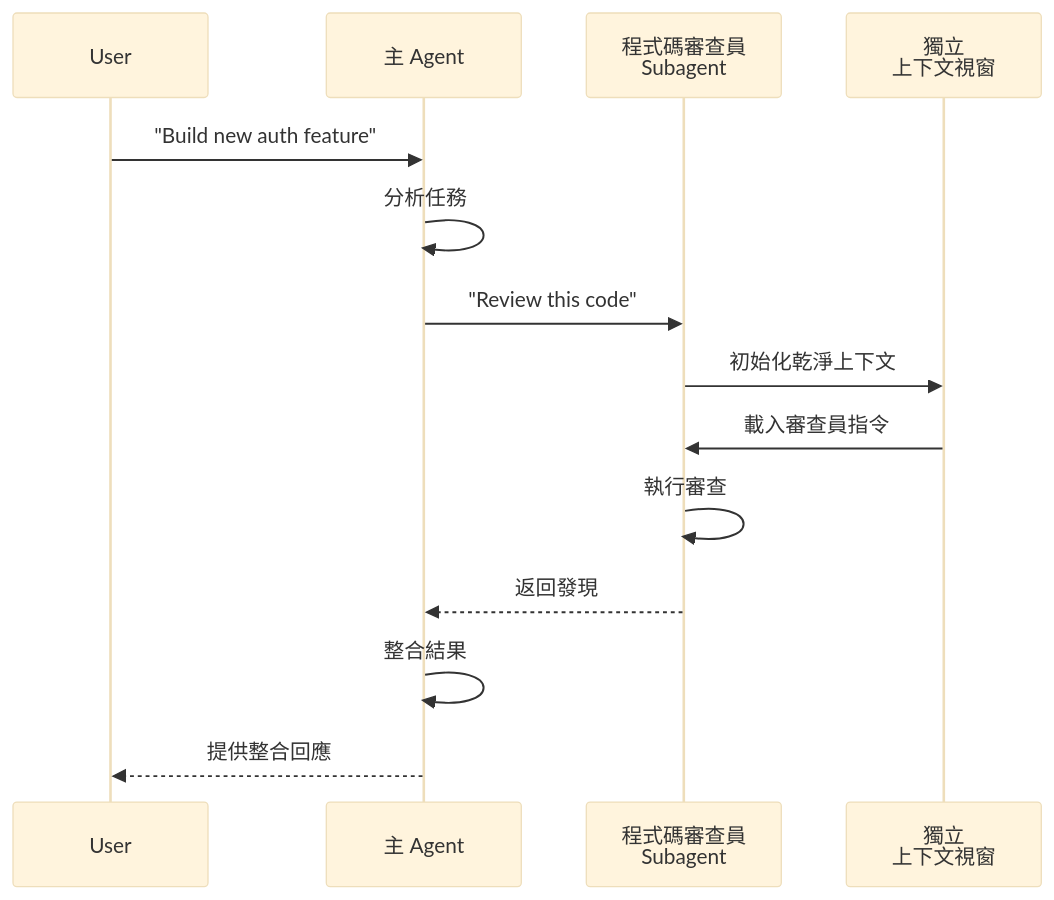
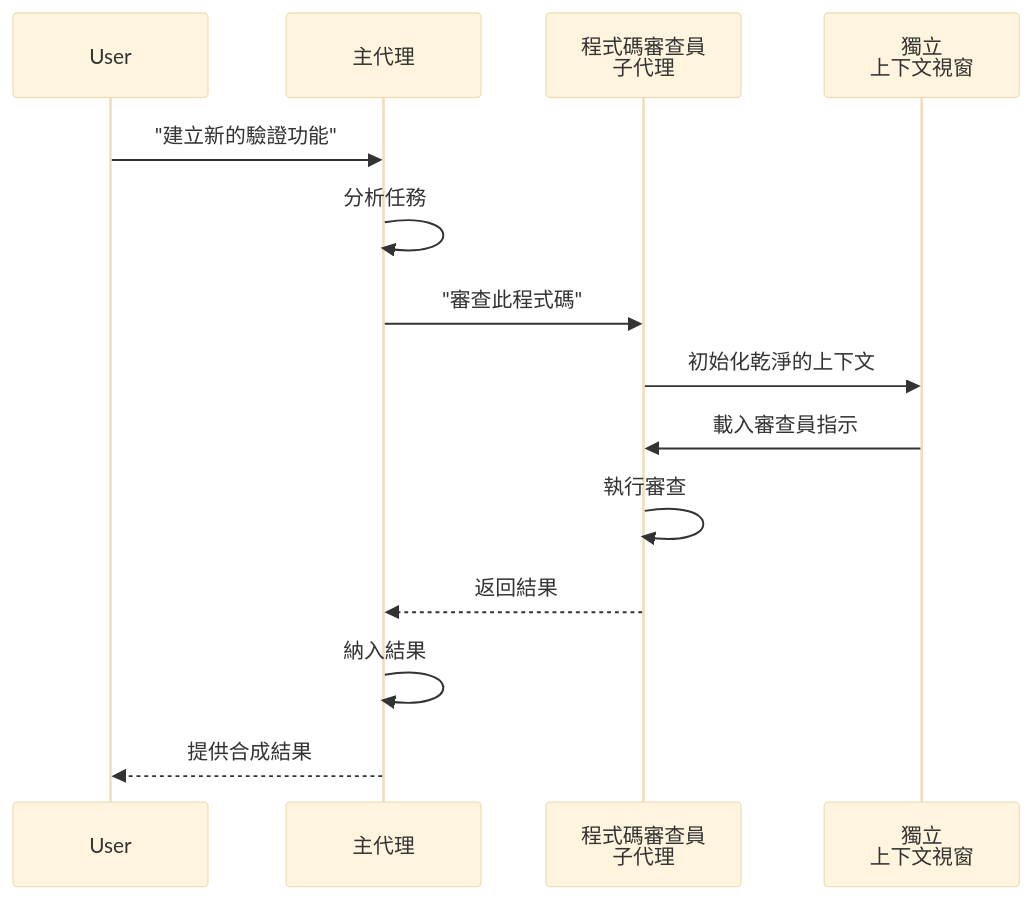
Before and after one commit to huckly/claude-howto-zh-tw: the fifth of 22 diagrams in claude_concepts_guide.md, drawn with Mermaid (base theme). The commit also changed other lines of this file and 6 other files, not shown here.

````diff
--- a/claude_concepts_guide.md
+++ b/claude_concepts_guide.md
@@ -242,17 +231,17 @@
 ```mermaid
 sequenceDiagram
     participant User
-    participant MainAgent as 主 Agent
-    participant CodeReviewer as 程式碼審查員<br/>Subagent
+    participant MainAgent as 主代理
+    participant CodeReviewer as 程式碼審查員<br/>子代理
     participant Context as 獨立<br/>上下文視窗
 
-    User->>MainAgent: "Build new auth feature"
+    User->>MainAgent: "建立新的驗證功能"
     MainAgent->>MainAgent: 分析任務
-    MainAgent->>CodeReviewer: "Review this code"
-    CodeReviewer->>Context: 初始化乾淨上下文
-    Context->>CodeReviewer: 載入審查員指令
+    MainAgent->>CodeReviewer: "審查此程式碼"
+    CodeReviewer->>Context: 初始化乾淨的上下文
+    Context->>CodeReviewer: 載入審查員指示
     CodeReviewer->>CodeReviewer: 執行審查
-    CodeReviewer-->>MainAgent: 返回發現
-    MainAgent->>MainAgent: 整合結果
-    MainAgent-->>User: 提供整合回應
+    CodeReviewer-->>MainAgent: 返回結果
+    MainAgent->>MainAgent: 納入結果
+    MainAgent-->>User: 提供合成結果
 ```
````
